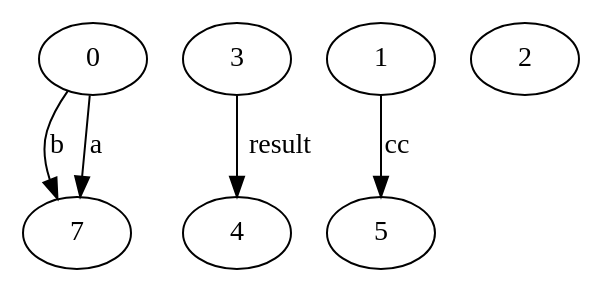
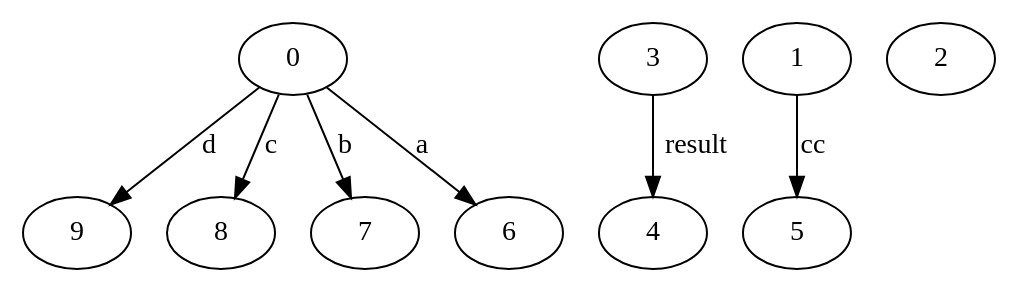
One commit to varivera/aliasing-java changed the diagram in AliasingImpl/source/test.dot. Above: the diagram before and after it, drawn with Graphviz. The commit also changed 4 other files, not shown here.

```diff
--- a/AliasingImpl/source/test.dot
+++ b/AliasingImpl/source/test.dot
@@ -1,13 +1,18 @@
 digraph G {
+n0->n9 [label="d"]
+n0->n8 [label="c"]
 n0->n7 [label="b"]
-n0->n7 [label="a"]
+n0->n6 [label="a"]
 n0[label="0"]
+n6[label="6"]
 n7[label="7"]
+n8[label="8"]
+n9[label="9"]
 n3->n4 [label="result"]
 n3[label="3"]
 n4[label="4"]
 n1->n5 [label="cc"]
 n1[label="1"]
 n5[label="5"]
 n2[label="2"]
 }
```
